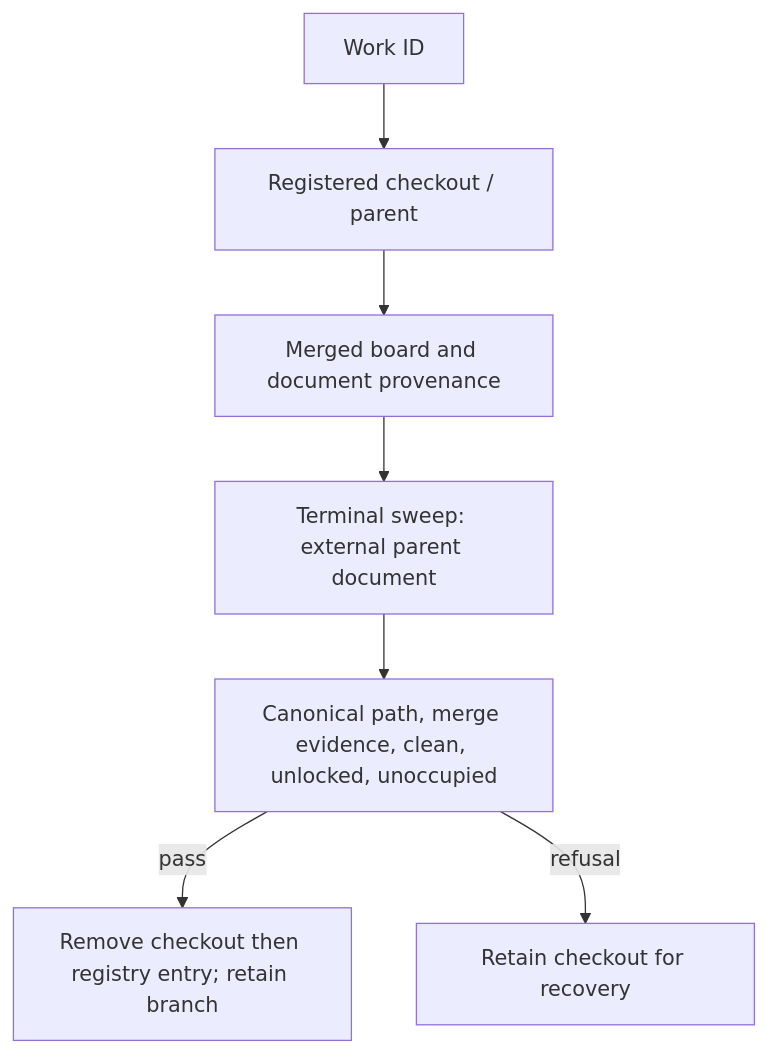
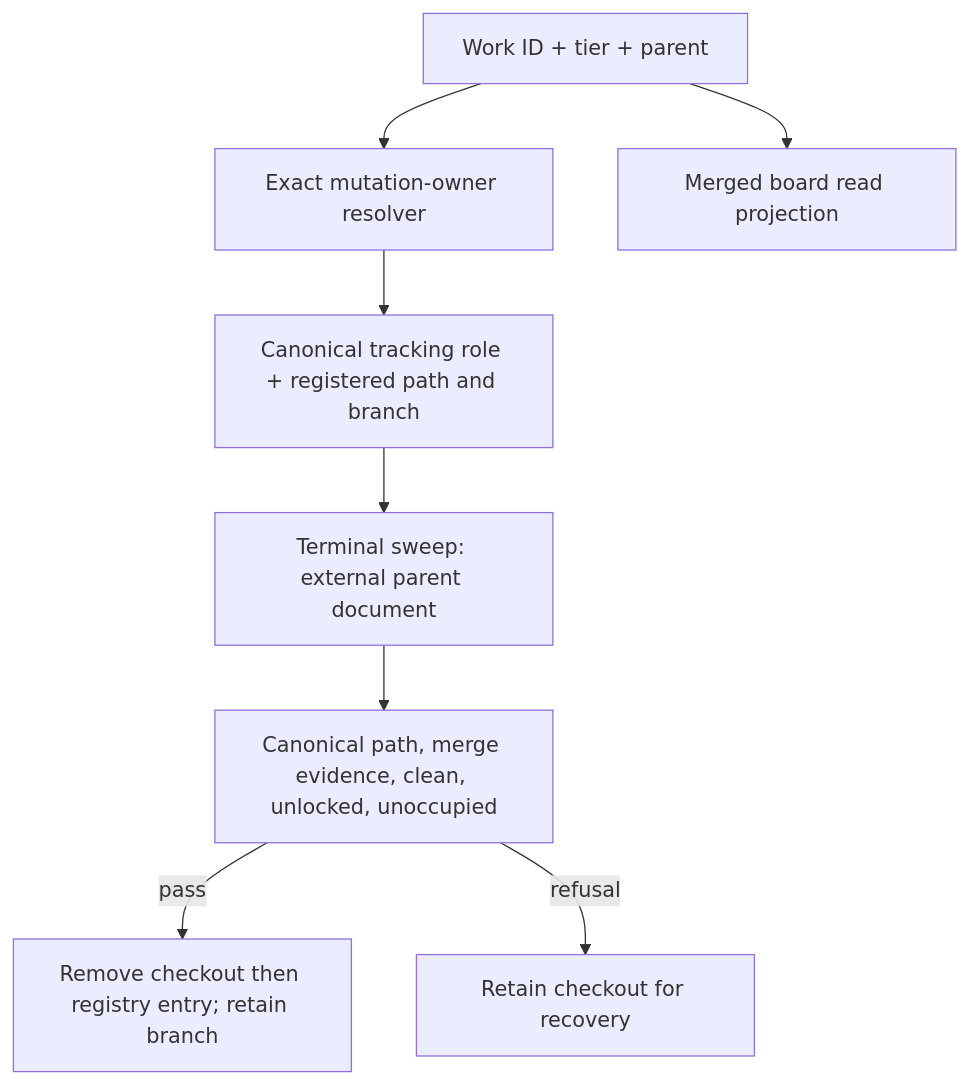
One commit to vincentc-b/CascadeCode changed the diagram in cascade/workspace/DESIGN.md. Above: the diagram before and after it, drawn with Mermaid. The commit also changed other lines of this file and 12 other files, not shown here.

First line of the commit message:
task/task_047_001_001: Resolve exact work owner for lifecycle mutation

````diff
--- a/cascade/workspace/DESIGN.md
+++ b/cascade/workspace/DESIGN.md
@@ -110,9 +118,10 @@
 ```mermaid
 flowchart TD
-    ID[Work ID] --> Registry[Registered checkout / parent]
-    Registry --> Projection[Merged board and document provenance]
-    Projection --> Terminal[Terminal sweep: external parent document]
+    ID[Work ID + tier + parent] --> Owner[Exact mutation-owner resolver]
+    Owner --> Registry[Canonical tracking role + registered path and branch]
+    ID --> Projection[Merged board read projection]
+    Registry --> Terminal[Terminal sweep: external parent document]
     Terminal --> Gates[Canonical path, merge evidence, clean, unlocked, unoccupied]
     Gates -->|pass| Remove[Remove checkout then registry entry; retain branch]
     Gates -->|refusal| Retain[Retain checkout for recovery]
 ```
````
